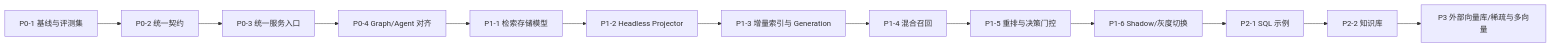
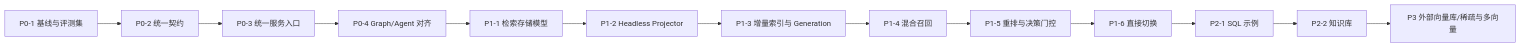
Before and after one commit to shihuaixuan/ChatBI-NEW: the diagram in backend/apps/chatbi_capabilities/RETRIEVAL_PLATFORM_IMPLEMENTATION_PLAN.md, drawn with Mermaid. The commit also changed other lines of this file and 30 other files, not shown here.

````diff
--- a/backend/apps/chatbi_capabilities/RETRIEVAL_PLATFORM_IMPLEMENTATION_PLAN.md
+++ b/backend/apps/chatbi_capabilities/RETRIEVAL_PLATFORM_IMPLEMENTATION_PLAN.md
@@ -64,8 +64,8 @@
 ```mermaid
 flowchart LR
     P00["P0-1 基线与评测集"] --> P01["P0-2 统一契约"] --> P02["P0-3 统一服务入口"] --> P03["P0-4 Graph/Agent 对齐"]
     P03 --> P10["P1-1 检索存储模型"] --> P11["P1-2 Headless Projector"] --> P12["P1-3 增量索引与 Generation"]
-    P12 --> P13["P1-4 混合召回"] --> P14["P1-5 重排与决策门控"] --> P15["P1-6 Shadow/灰度切换"]
+    P12 --> P13["P1-4 混合召回"] --> P14["P1-5 重排与决策门控"] --> P15["P1-6 直接切换"]
     P15 --> P20["P2-1 SQL 示例"] --> P21["P2-2 知识库"]
     P21 --> P30["P3 外部向量库/稀疏与多向量"]
 ```
````
